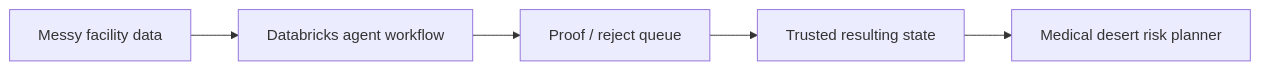
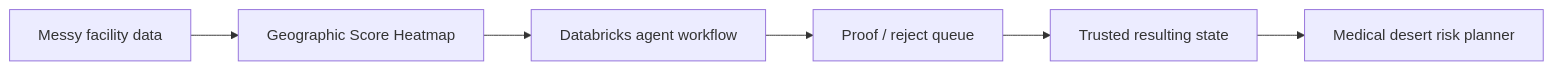
Before and after one commit to motobob/dbx_hack_doctors: the first of 5 diagrams in README.md, drawn with Mermaid. The commit also changed other lines of this file and 26 other files, not shown here.

````diff
--- a/README.md
+++ b/README.md
@@ -9,7 +9,8 @@
 ```mermaid
 flowchart LR
-  raw[Messy facility data] --> agents[Databricks agent workflow]
+  raw[Messy facility data] --> heatmap[Geographic Score Heatmap]
+  heatmap --> agents[Databricks agent workflow]
   agents --> review[Proof / reject queue]
   review --> trusted[Trusted resulting state]
   trusted --> risk[Medical desert risk planner]
 ```
````
